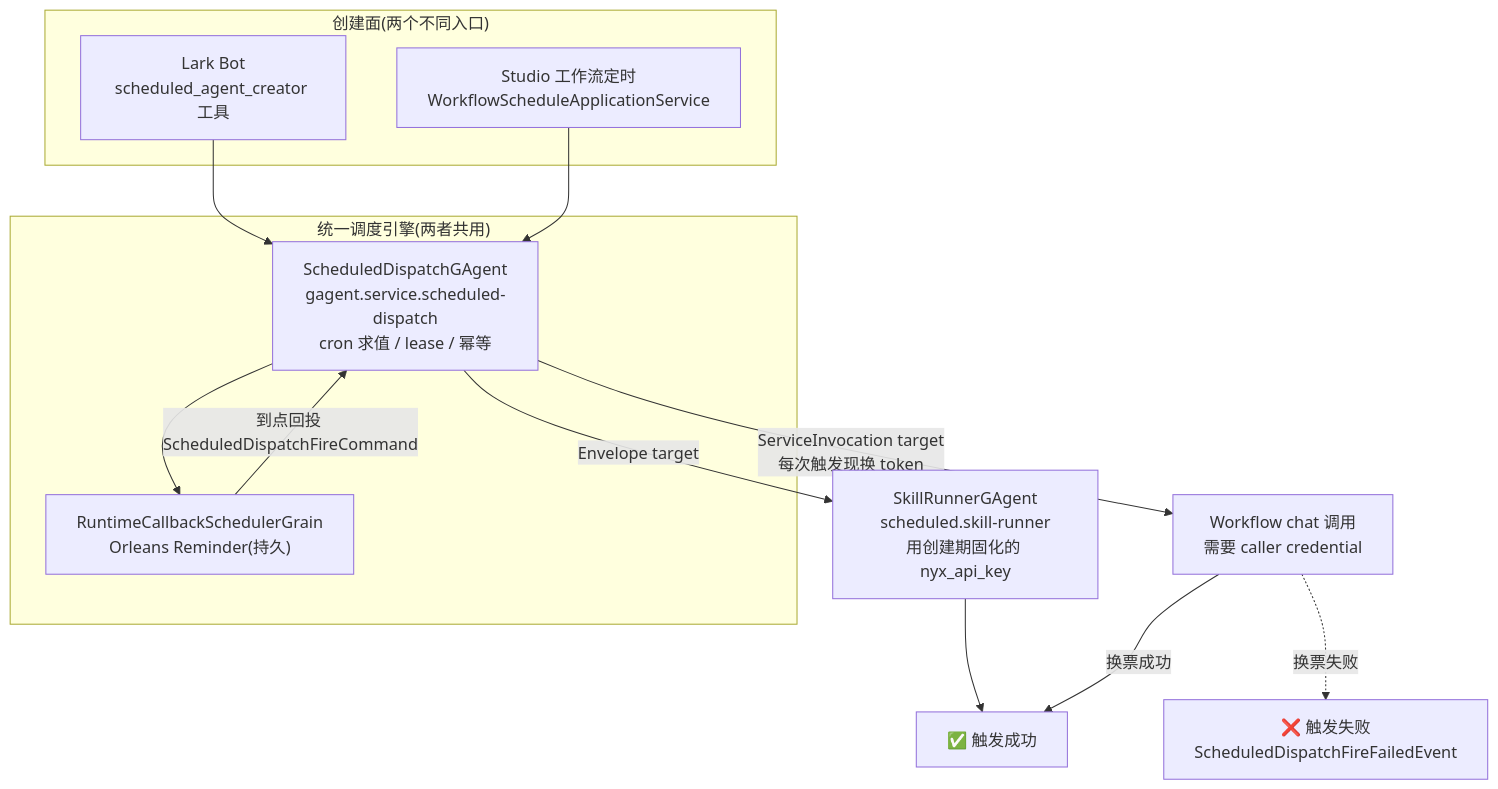
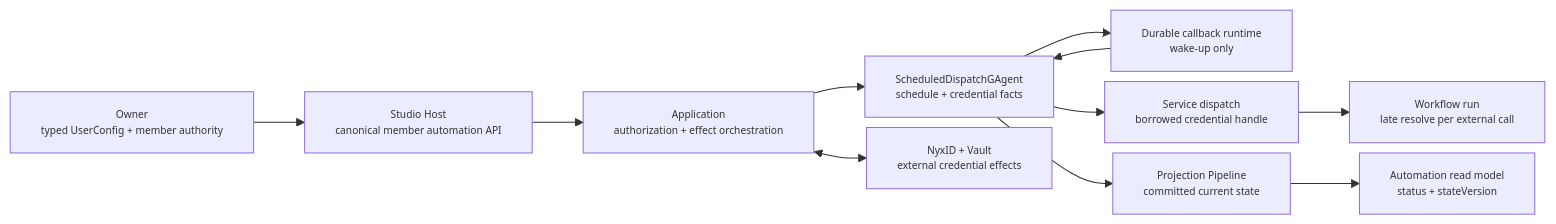
The first of 3 diagrams in 07/12-scheduled-tasks.md (eanzhao-os/aevatar-review), drawn with Mermaid before and after one commit. The commit also changed other lines of this file and 15 other files, not shown here.

Commit message:
docs: document scheduled Agent Key production validation

````diff
--- a/07/12-scheduled-tasks.md
+++ b/07/12-scheduled-tasks.md
@@ -20,25 +19,25 @@
 ```mermaid
-flowchart TB
-    subgraph CREATE["创建面(两个不同入口)"]
-        LARK["Lark Bot<br/>scheduled_agent_creator 工具"]
-        STUDIO["Studio 工作流定时<br/>WorkflowScheduleApplicationService"]
-    end
-    subgraph ENGINE["统一调度引擎(两者共用)"]
-        SDG["ScheduledDispatchGAgent<br/>gagent.service.scheduled-dispatch<br/>cron 求值 / lease / 幂等"]
-        RCS["RuntimeCallbackSchedulerGrain<br/>Orleans Reminder(持久)"]
-    end
-    SR["SkillRunnerGAgent<br/>scheduled.skill-runner<br/>用创建期固化的 nyx_api_key"]
-    WF["Workflow chat 调用<br/>需要 caller credential"]
-    OK["✅ 触发成功"]
-    FAIL["❌ 触发失败<br/>ScheduledDispatchFireFailedEvent"]
+%%{init: {"maxTextSize": 100000, "flowchart": {"useMaxWidth": false, "nodeSpacing": 10, "rankSpacing": 50}, "themeVariables": {"fontSize": "10px"}}}%%
+flowchart LR
+    O["Owner<br/>typed UserConfig + member authority"]
+    H["Studio Host<br/>canonical member automation API"]
+    APP["Application<br/>authorization + effect orchestration"]
+    A["ScheduledDispatchGAgent<br/>schedule + credential facts"]
+    C["Durable callback runtime<br/>wake-up only"]
+    D["Service dispatch<br/>borrowed credential handle"]
+    W["Workflow run<br/>late resolve per external call"]
+    P["Projection Pipeline<br/>committed current state"]
+    Q["Automation read model<br/>status + stateVersion"]
+    N["NyxID + Vault<br/>external credential effects"]
 
-    LARK --> SDG
-    STUDIO --> SDG
-    SDG --> RCS
-    RCS -->|"到点回投 ScheduledDispatchFireCommand"| SDG
-    SDG -->|"Envelope target"| SR
-    SDG -->|"ServiceInvocation target<br/>每次触发现换 token"| WF
-    SR --> OK
-    WF -->|"换票成功"| OK
-    WF -.->|"换票失败"| FAIL
+    O --> H
+    H --> APP
+    APP --> A
+    A --> C
+    C --> A
+    A --> D
+    D --> W
+    A --> P
+    P --> Q
+    APP <--> N
 ```
````
